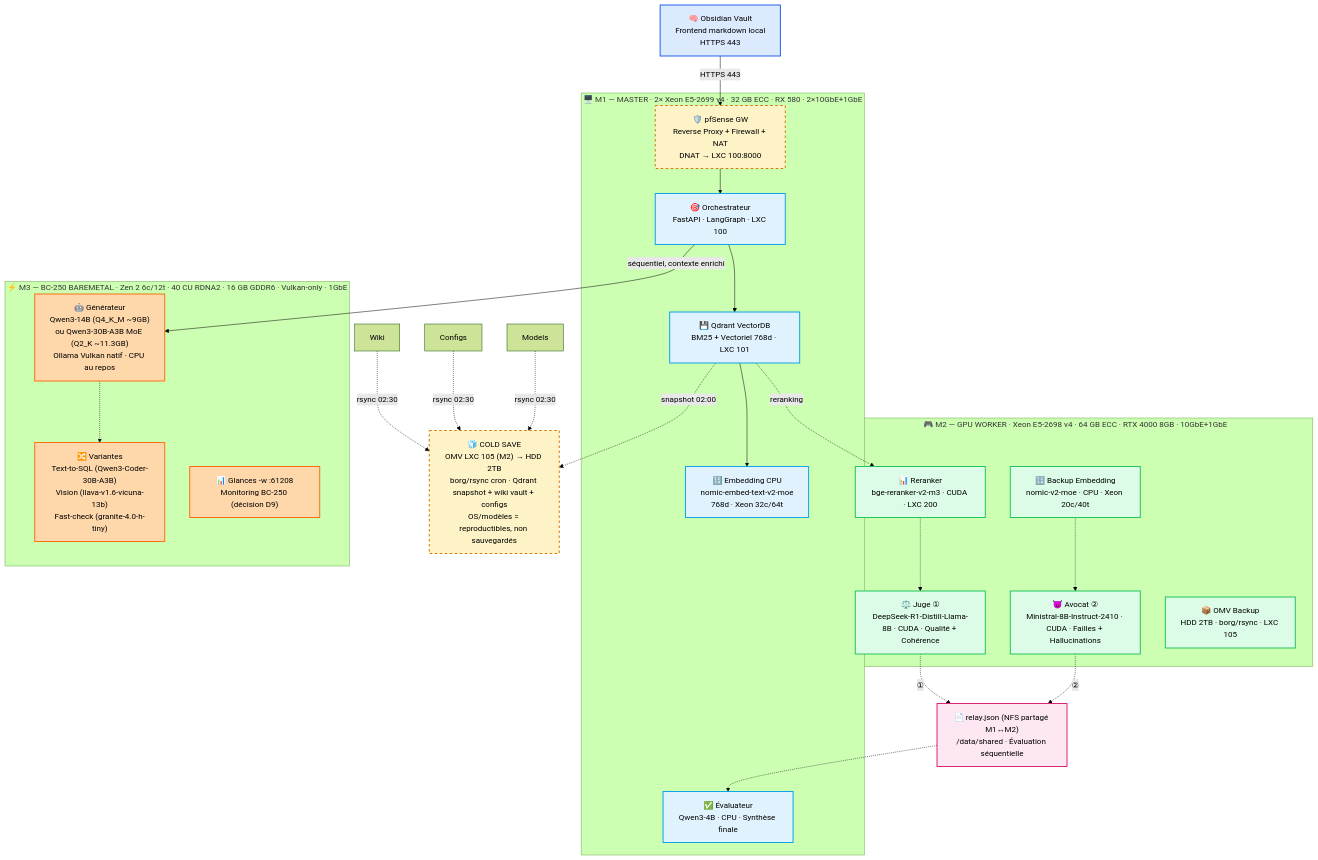
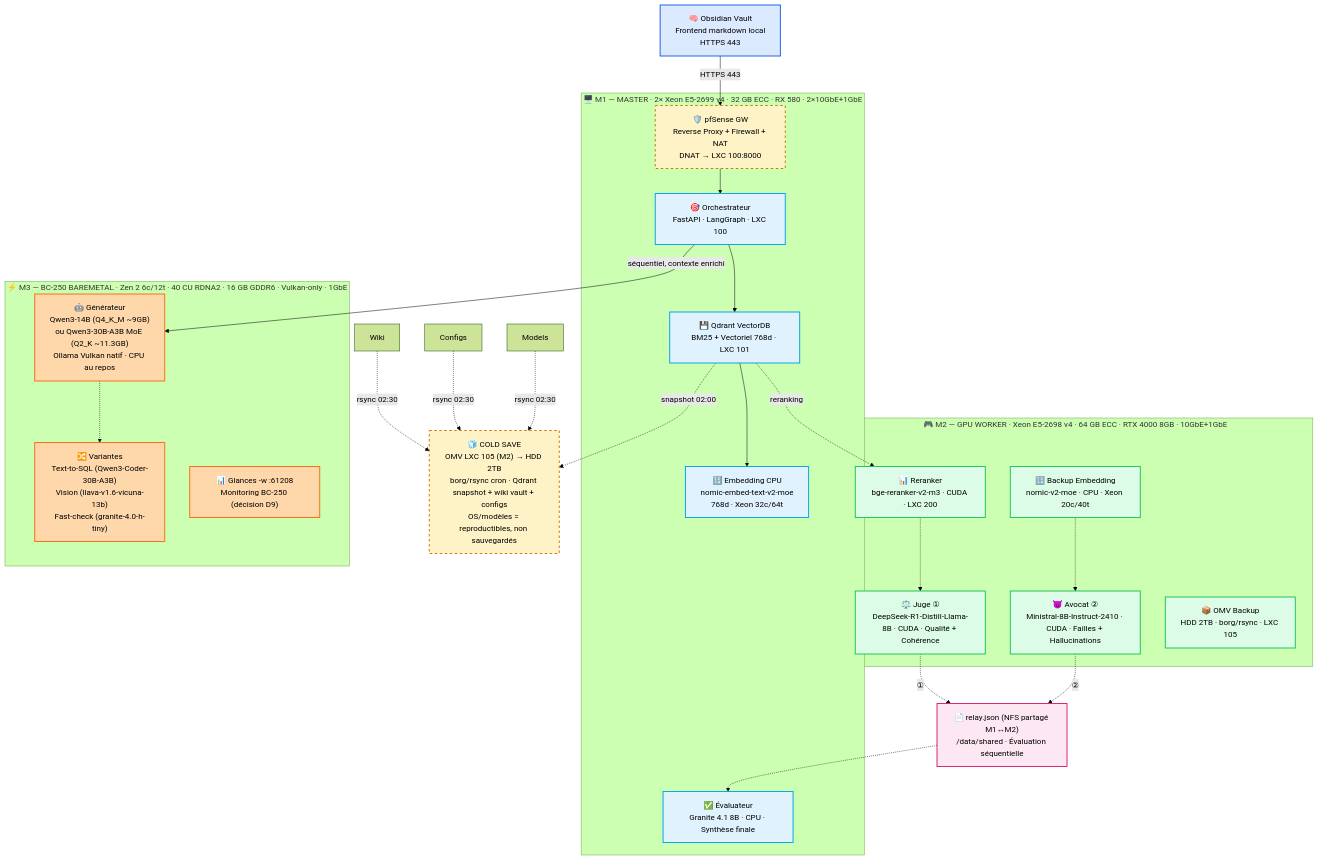
Before and after one commit to chelmooz/rag-multi-agent-cluster: the first of 6 diagrams in README.md, drawn with Mermaid (forest theme). The commit also changed 12 other files, not shown here.

Commit message:
docs: Machine 3 = Fedora 43 (guide complet BIOS Forbidden-Darkness + 40CU) + Évaluateur Granite 4.1 8B

````diff
--- a/README.md
+++ b/README.md
@@ -83,56 +83,56 @@
 ```mermaid
 flowchart TB
     classDef frontend fill:#dbeafe,stroke:#2563eb,stroke-width:2px
     classDef m1 fill:#e0f2fe,stroke:#0ea5e9,stroke-width:2px
     classDef m2 fill:#dcfce7,stroke:#22c55e,stroke-width:2px
     classDef m3 fill:#fed7aa,stroke:#f97316,stroke-width:2px
     classDef relay fill:#fce7f3,stroke:#db2777,stroke-width:2px
     classDef backup fill:#fef3c7,stroke:#d97706,stroke-width:2px,stroke-dasharray: 5 5
 
     Client["🧠 Obsidian Vault<br/>Frontend markdown local<br/>HTTPS 443"]:::frontend
     GW["🛡️ pfSense GW<br/>NAT · Firewall · Inter-VLAN<br/>DNAT → 10.10.0.1:443"]:::backup
 
 subgraph M1["🖥️ M1 — MASTER · 2× Xeon E5-2699 v4 · 32 GB ECC · RX 580 · 2×10GbE+1GbE"]
         Orch["🎯 Orchestrateur<br/>FastAPI · LangGraph · LXC 100"]:::m1
         Qdrant["💾 Qdrant VectorDB<br/>BM25 + Vectoriel 768d · LXC 101"]:::m1
         Embed["🔢 Embedding CPU<br/>nomic-embed-text-v2-moe<br/>768d · Xeon 32c/64t"]:::m1
-        Eval["✅ Évaluateur<br/>Qwen3-4B · CPU · Synthèse finale"]:::m1
+        Eval["✅ Évaluateur<br/>Granite 4.1 8B · CPU · Synthèse finale"]:::m1
         GW["🛡️ pfSense GW<br/>Reverse Proxy + Firewall + NAT<br/>DNAT → LXC 100:8000"]:::backup
     end
 
 subgraph M2["🎮 M2 — GPU WORKER · Xeon E5-2698 v4 · 64 GB ECC · RTX 4000 8GB · 10GbE+1GbE"]
         Rerank["📊 Reranker<br/>bge-reranker-v2-m3 · CUDA · LXC 200"]:::m2
         Judge["⚖️ Juge ①<br/>DeepSeek-R1-Distill-Llama-8B · CUDA · Qualité + Cohérence"]:::m2
         Advocate["😈 Avocat ②<br/>Ministral-8B-Instruct-2410 · CUDA · Failles + Hallucinations"]:::m2
         BackupEmbed["🔢 Backup Embedding<br/>nomic-v2-moe · CPU · Xeon 20c/40t"]:::m2
         OMV["📦 OMV Backup<br/>HDD 2TB · borg/rsync · LXC 105"]:::m2
     end
 
     subgraph M3["⚡ M3 — BC-250 BAREMETAL · Zen 2 6c/12t · 40 CU RDNA2 · 16 GB GDDR6 · Vulkan-only · 1GbE"]
         Gen["🤖 Générateur<br/>Qwen3-14B (Q4_K_M ~9GB)<br/>ou Qwen3-30B-A3B MoE (Q2_K ~11.3GB)<br/>Ollama Vulkan natif · CPU au repos"]:::m3
         Variants["🔀 Variantes<br/>Text-to-SQL (Qwen3-Coder-30B-A3B)<br/>Vision (llava-v1.6-vicuna-13b)<br/>Fast-check (granite-4.0-h-tiny)"]:::m3
         Glances["📊 Glances -w :61208<br/>Monitoring BC-250 (décision D9)"]:::m3
     end
 
 Relay["📄 relay.json (NFS partagé M1↔M2)<br/>/data/shared · Évaluation séquentielle"]:::relay
     Cold["🧊 COLD SAVE<br/>OMV LXC 105 (M2) → HDD 2TB<br/>borg/rsync cron · Qdrant snapshot + wiki vault + configs<br/>OS/modèles = reproductibles, non sauvegardés"]:::backup
 
     Client -->|HTTPS 443| GW --> Orch
     Orch --> Qdrant --> Embed
     Orch -->|séquentiel, contexte enrichi| Gen
     Gen -.-> Variants
     Qdrant -.->|reranking| Rerank
     Rerank -.-> Judge
     Judge -.->|①| Relay
     Advocate -.->|②| Relay
     Relay -.-> Eval
     BackupEmbed -.-> Advocate
     Qdrant -.->|snapshot 02:00| Cold
     Wiki -.->|rsync 02:30| Cold
     Configs -.->|rsync 02:30| Cold
     Models -.->|rsync 02:30| Cold
 
     %% RÈGLE D'OR BC-250 : le CPU est le serviteur du GPU.
     %% Toute charge CPU = vol de bande passante mémoire au Générateur 14B.
     %% Embedding = M1 CPU (principal) / M2 CPU (backup).
 ```
````
